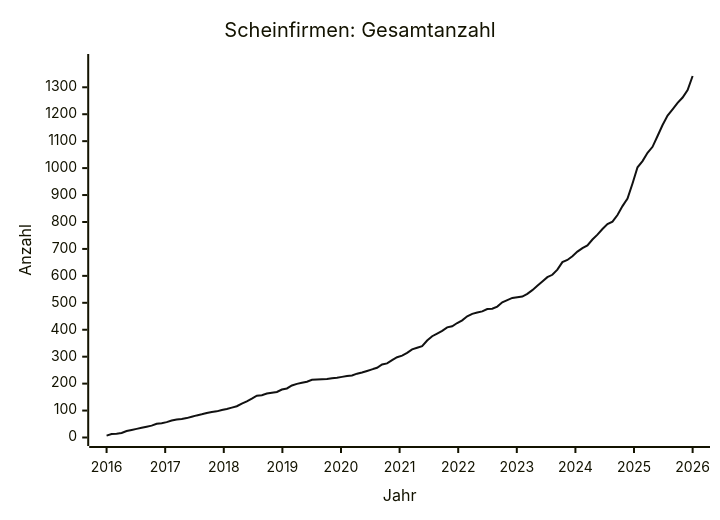
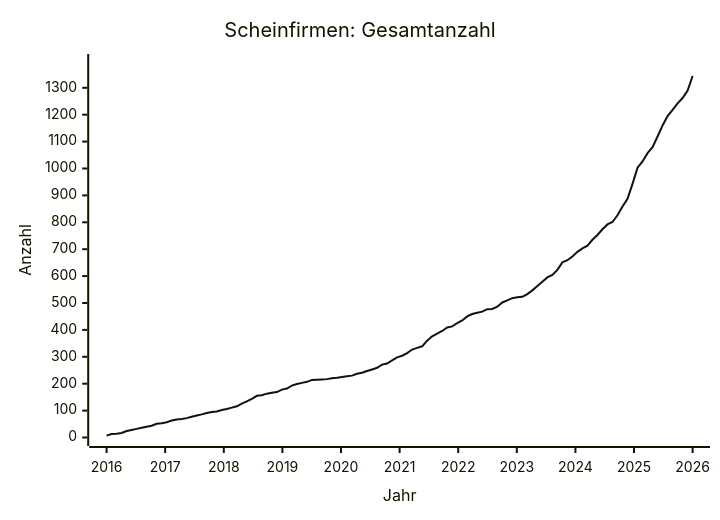
Before and after one commit to arjoma/scheinfirmen-at: the diagram in data/STATS.md, drawn with Mermaid. The commit also changed other lines of this file and 3 other files, not shown here.

````diff
--- a/data/STATS.md
+++ b/data/STATS.md
@@ -9,13 +9,13 @@
 ```mermaid
 ---
 config:
   themeVariables:
     xyChart:
       plotColorPalette: "#111111"
 ---
 xychart-beta
     title "Scheinfirmen: Gesamtanzahl"
     x-axis "Jahr" 2016 --> 2026
-    y-axis "Anzahl" 0 --> 1392
-    line [7, 13, 14, 17, 24, 28, 32, 36, 40, 44, 51, 53, 57, 63, 67, 69, 72, 77, 82, 86, 91, 95, 97, 102, 106, 111, 116, 126, 134, 144, 155, 157, 163, 166, 169, 178, 182, 193, 199, 203, 207, 214, 215, 216, 217, 220, 222, 225, 228, 230, 237, 241, 247, 253, 259, 271, 275, 287, 298, 304, 314, 327, 333, 339, 360, 376, 386, 396, 409, 413, 425, 435, 450, 459, 464, 468, 477, 478, 486, 502, 510, 518, 521, 523, 533, 547, 563, 579, 595, 604, 623, 651, 659, 673, 690, 703, 713, 735, 753, 774, 792, 801, 826, 859, 887, 943, 1003, 1026, 1057, 1079, 1119, 1160, 1195, 1218, 1242, 1262, 1290, 1342]
+    y-axis "Anzahl" 0 --> 1394
+    line [7, 13, 14, 17, 24, 28, 32, 36, 40, 44, 51, 53, 57, 63, 67, 69, 72, 77, 82, 86, 91, 95, 97, 102, 106, 111, 116, 126, 134, 144, 155, 157, 163, 166, 169, 178, 182, 193, 199, 203, 207, 214, 215, 216, 217, 220, 222, 225, 228, 230, 237, 241, 247, 253, 259, 271, 275, 287, 298, 304, 314, 327, 333, 339, 360, 376, 386, 396, 409, 413, 425, 435, 450, 459, 464, 468, 477, 478, 486, 502, 510, 518, 521, 523, 533, 547, 563, 579, 595, 604, 623, 651, 659, 673, 690, 703, 713, 735, 753, 774, 792, 801, 826, 859, 887, 943, 1003, 1026, 1057, 1079, 1119, 1160, 1195, 1218, 1242, 1262, 1290, 1344]
 ```
````
